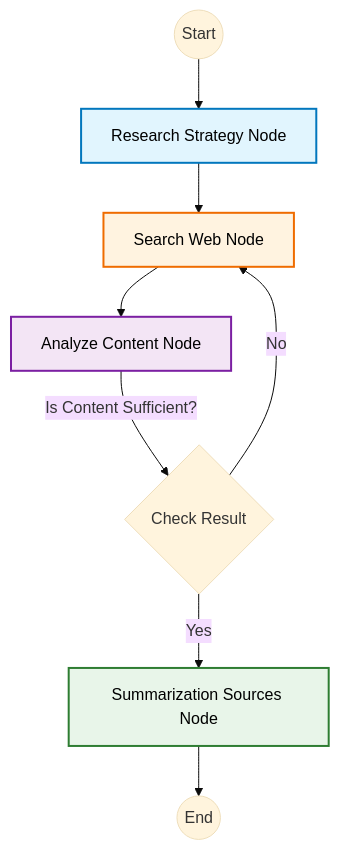
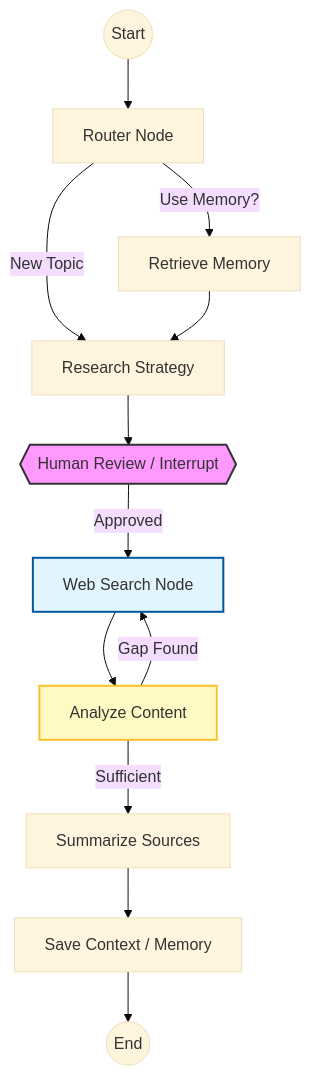
The diagram in README.md (dongiveajack/deep-research-agent), drawn with Mermaid (base theme) before and after one commit. The commit also changed other lines of this file and 1 other file, not shown here.

````diff
--- a/README.md
+++ b/README.md
@@ -46,17 +31,22 @@
 ```mermaid
 graph TD
-    START((Start)) --> research_strategy[Research Strategy Node]
-    research_strategy --> search_web[Search Web Node]
-    search_web --> analyze_content[Analyze Content Node]
+    START((Start)) --> Router[Router Node]
+    Router -->|Use Memory?| Retrieve[Retrieve Memory]
+    Router -->|New Topic| Strategy[Research Strategy]
     
-    analyze_content -->|Is Content Sufficient?| check{Check Result}
-    check -->|Yes| summarize[Summarization Sources Node]
-    check -->|No| search_web
+    Retrieve --> Strategy
+    Strategy --> Review{{Human Review / Interrupt}}
     
-    summarize --> END((End))
+    Review -->|Approved| Search[Web Search Node]
+    Search --> Analyze[Analyze Content]
     
-    style research_strategy fill:#E1F5FE,stroke:#0277BD,stroke-width:2px,color:#000
-    style search_web fill:#FFF3E0,stroke:#EF6C00,stroke-width:2px,color:#000
-    style analyze_content fill:#F3E5F5,stroke:#7B1FA2,stroke-width:2px,color:#000
-    style summarize fill:#E8F5E9,stroke:#2E7D32,stroke-width:2px,color:#000
+    Analyze -->|Gap Found| Search
+    Analyze -->|Sufficient| Summarize[Summarize Sources]
+    
+    Summarize --> Save[Save Context / Memory]
+    Save --> END((End))
+    
+    style Review fill:#f9f,stroke:#333,stroke-width:2px
+    style Analyze fill:#fff9c4,stroke:#fbc02d,stroke-width:2px
+    style Search fill:#e1f5fe,stroke:#01579b,stroke-width:2px
 ```
````
